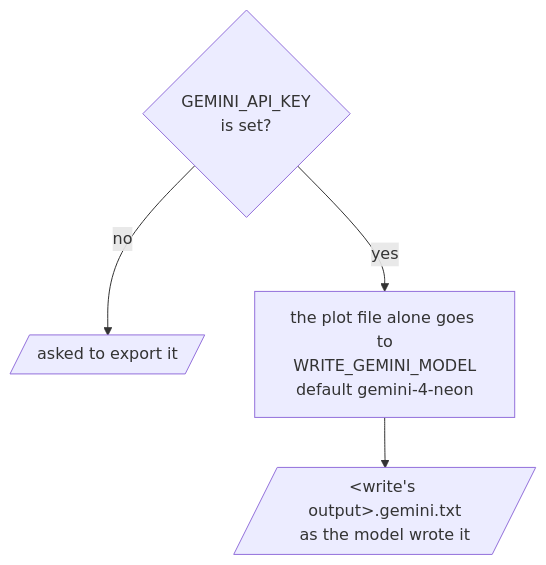
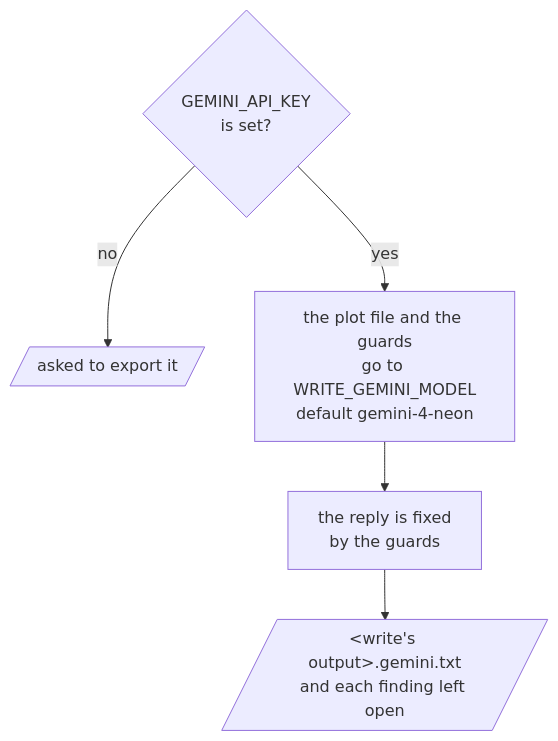
The diagram in domains/story/experimental/skills/write-gemini/README.md (omni-stove/skill-kit), drawn with Mermaid before and after one commit. The commit also changed 34 other files, not shown here.

````diff
--- a/domains/story/experimental/skills/write-gemini/README.md
+++ b/domains/story/experimental/skills/write-gemini/README.md
@@ -3,7 +3,8 @@
 ```mermaid
 flowchart TD
   key{GEMINI_API_KEY<br/>is set?}
   key -- "no" --> ask[/"asked to export it"/]
-  key -- "yes" --> send[the plot file alone goes to<br/>WRITE_GEMINI_MODEL<br/>default gemini-4-neon]
-  send --> out[/"&lt;write's output&gt;.gemini.txt<br/>as the model wrote it"/]
+  key -- "yes" --> send[the plot file and the guards<br/>go to WRITE_GEMINI_MODEL<br/>default gemini-4-neon]
+  send --> fix[the reply is fixed<br/>by the guards]
+  fix --> out[/"&lt;write's output&gt;.gemini.txt<br/>and each finding left open"/]
 ```
````
